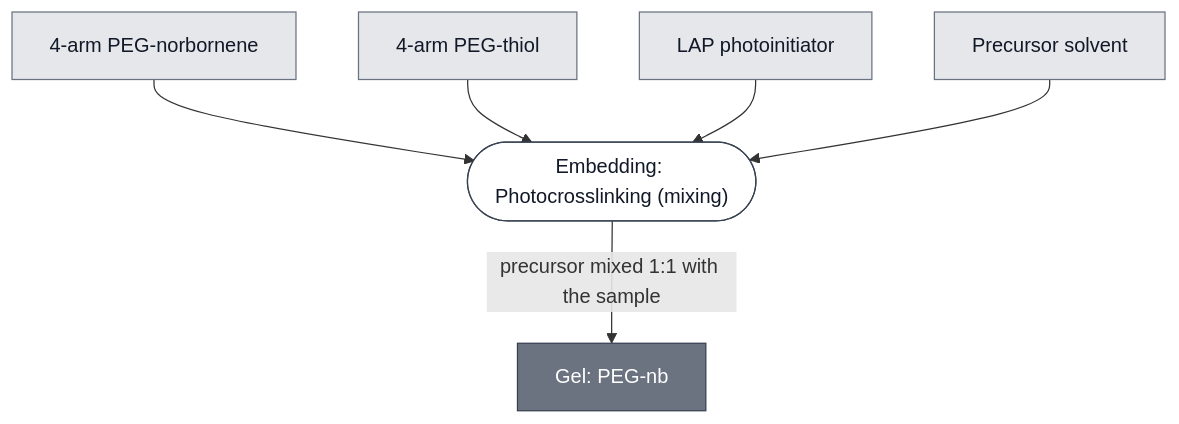
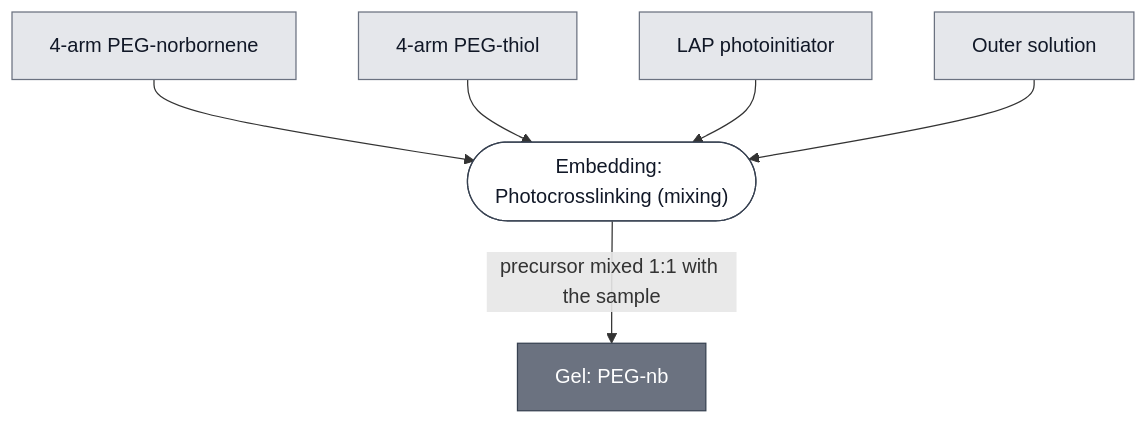
Before and after one commit to nucleus-eng/nucleus-docs: the diagram in docs/modules/gel-peg-nb/spec.md, drawn with Mermaid. The commit also changed other lines of this file and 14 other files, not shown here.

````diff
--- a/docs/modules/gel-peg-nb/spec.md
+++ b/docs/modules/gel-peg-nb/spec.md
@@ -25,27 +25,27 @@
 ```mermaid
 flowchart TD
     PEG4NB["4-arm PEG-norbornene"]
     PEG4SH["4-arm PEG-thiol"]
     LAP["LAP photoinitiator"]
-    PRECURSOR_SOLVENT["Precursor solvent"]
+    OUTER_SOLUTION["Outer solution"]
 
     P1_PHOTOCROSSLINK_0(["Embedding: Photocrosslinking (mixing)"])
     GEL_PEG_NB["Gel: PEG-nb"]
 
     PEG4NB --> P1_PHOTOCROSSLINK_0
     PEG4SH --> P1_PHOTOCROSSLINK_0
     LAP --> P1_PHOTOCROSSLINK_0
-    PRECURSOR_SOLVENT --> P1_PHOTOCROSSLINK_0
+    OUTER_SOLUTION --> P1_PHOTOCROSSLINK_0
     P1_PHOTOCROSSLINK_0 -->|"precursor mixed 1:1 with the sample"| GEL_PEG_NB
 
 
     classDef leaf     fill:#e5e7eb,stroke:#6b7280,color:#111827;
     classDef composed fill:#6b7280,stroke:#374151,color:#ffffff;
     classDef process  fill:#ffffff,stroke:#374151,color:#111827;
-    class PEG4NB,PEG4SH,LAP,PRECURSOR_SOLVENT leaf;
+    class PEG4NB,PEG4SH,LAP,OUTER_SOLUTION leaf;
     class GEL_PEG_NB composed;
     class P1_PHOTOCROSSLINK_0 process;
 
     click P1_PHOTOCROSSLINK_0 "/docs/processes/embed-photocrosslinking/main"
     click GEL_PEG_NB "/docs/modules/gel-peg-nb/spec"
 ```
````
